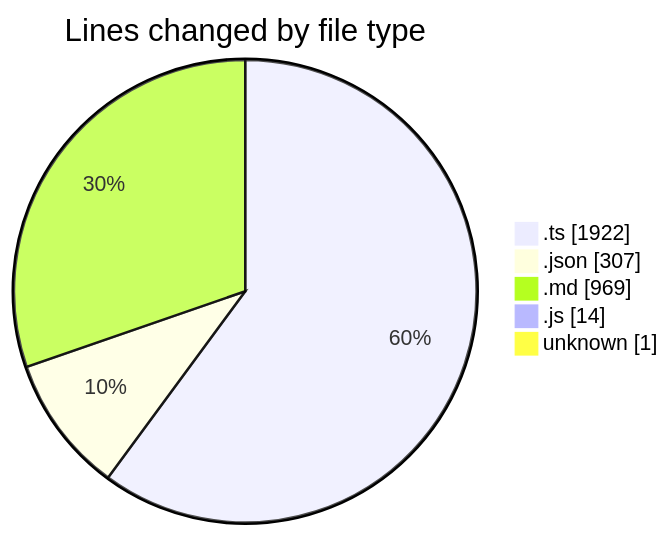
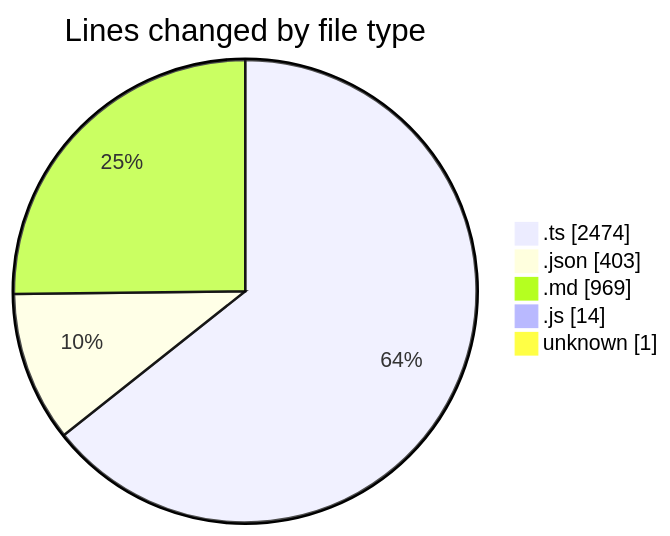
One commit to ernivani/code-tracking changed the first of 2 diagrams in 2025-01-03/my-code-activity-ext/README.md. Above: the diagram before and after it, drawn with Mermaid. The commit also changed other lines of this file and 6 other files, not shown here.

````diff
--- a/2025-01-03/my-code-activity-ext/README.md
+++ b/2025-01-03/my-code-activity-ext/README.md
@@ -33,9 +34,9 @@
 ```mermaid
 pie showData
 title Lines changed by file type
-".ts" : 1922
-".json" : 307
+".ts" : 2474
+".json" : 403
 ".md" : 969
 ".js" : 14
 "unknown" : 1
 ```
````
